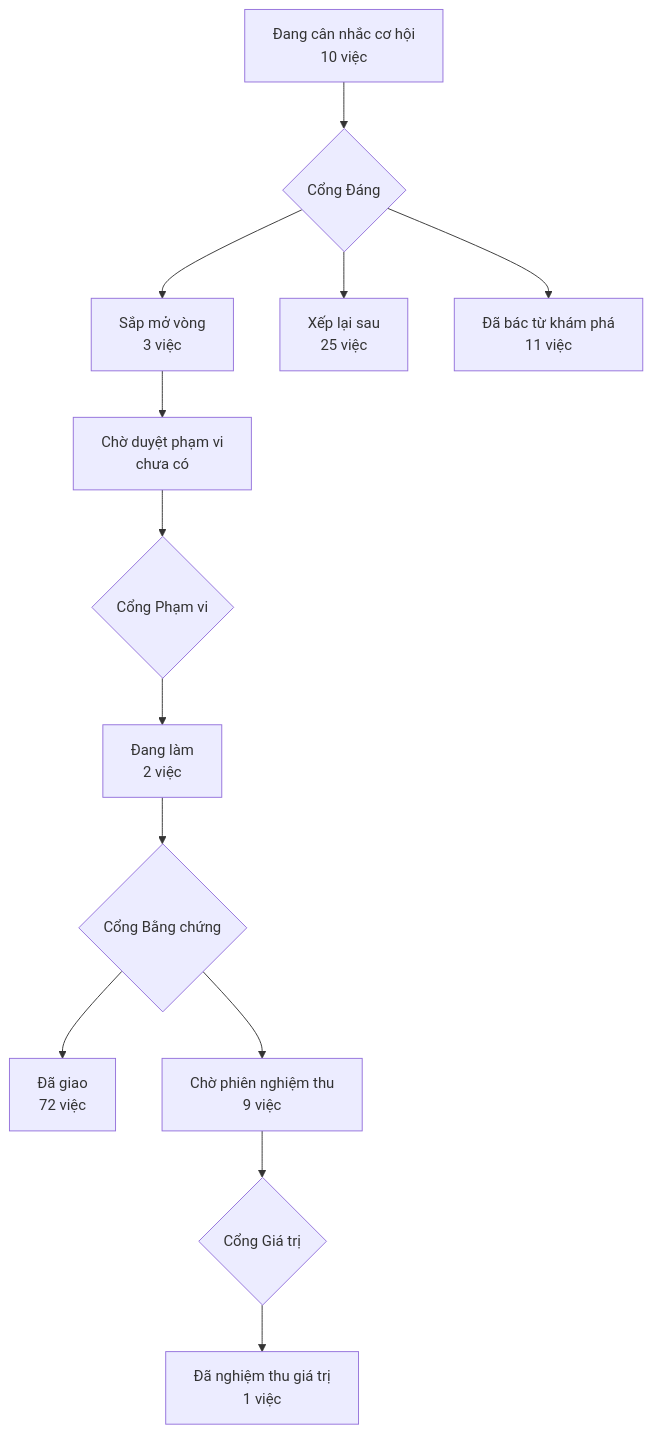
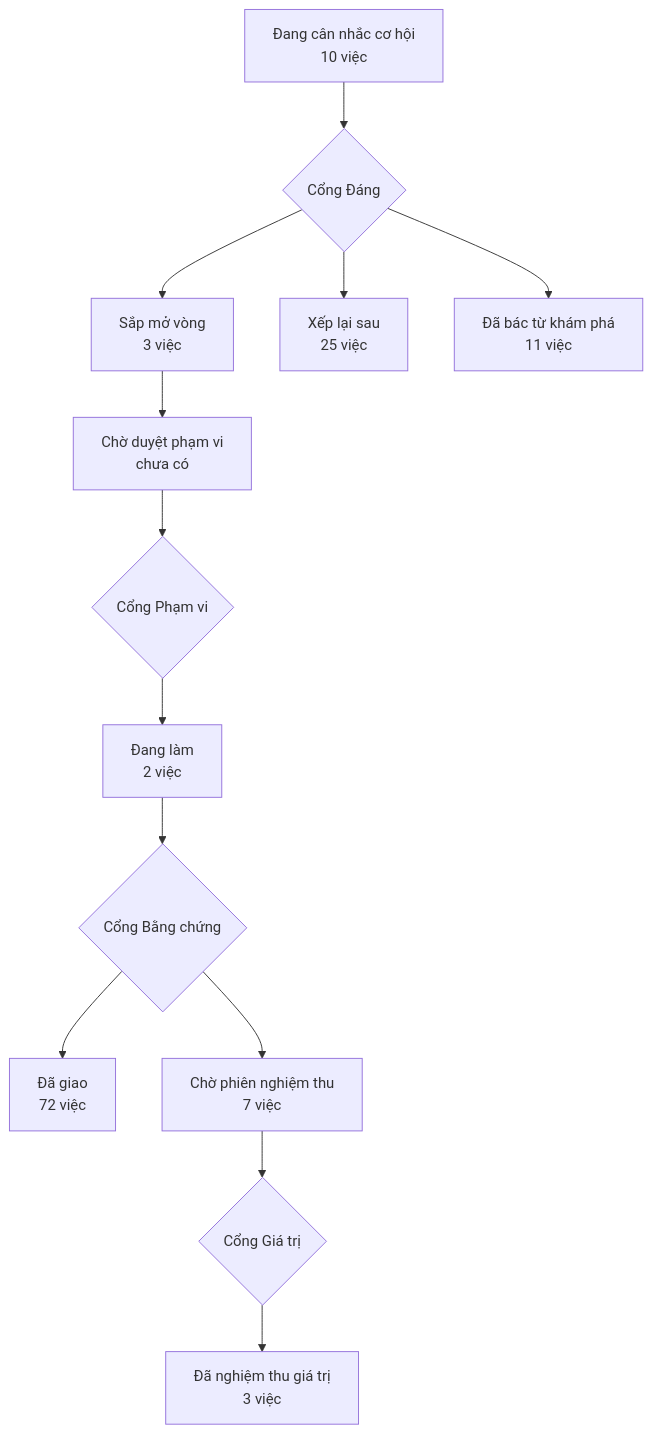
One commit to phanlemanh/acceptance-gate-kit changed the diagram in PRODUCT-MAP.md. Above: the diagram before and after it, drawn with Mermaid. The commit also changed other lines of this file and 4 other files, not shown here.

First line of the commit message:
uat: Cổng Giá trị cửa sổ 2.18 — nhan-trang-thai-va-reality release · ho-so-khep-thoi-hoi iterate — Phan Le Manh

````diff
--- a/PRODUCT-MAP.md
+++ b/PRODUCT-MAP.md
@@ -6,12 +6,12 @@
 ```mermaid
 flowchart TD
   A["Đang cân nhắc cơ hội<br/>10 việc"] --> GD{"Cổng Đáng"}
   GD --> B["Sắp mở vòng<br/>3 việc"]
   GD --> XL["Xếp lại sau<br/>25 việc"]
   GD --> DB["Đã bác từ khám phá<br/>11 việc"]
   B --> CD["Chờ duyệt phạm vi<br/>chưa có"] --> GP{"Cổng Phạm vi"}
   GP --> DL["Đang làm<br/>2 việc"] --> GB{"Cổng Bằng chứng"}
   GB --> DG["Đã giao<br/>72 việc"]
-  GB --> CN["Chờ phiên nghiệm thu<br/>9 việc"] --> GG{"Cổng Giá trị"}
-  GG --> NT["Đã nghiệm thu giá trị<br/>1 việc"]
+  GB --> CN["Chờ phiên nghiệm thu<br/>7 việc"] --> GG{"Cổng Giá trị"}
+  GG --> NT["Đã nghiệm thu giá trị<br/>3 việc"]
 ```
````
